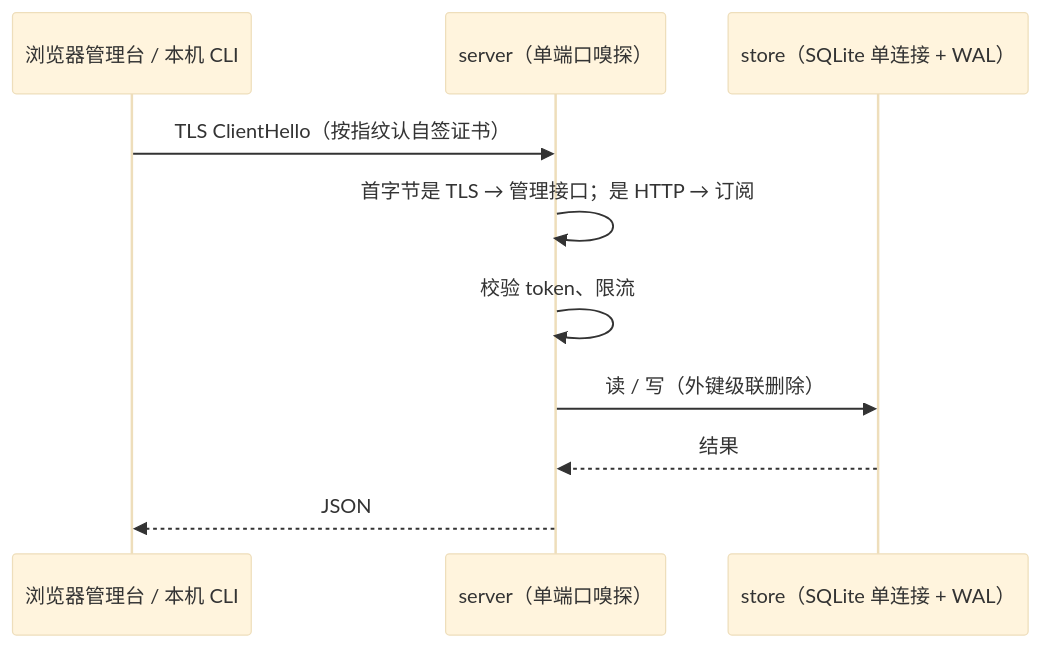
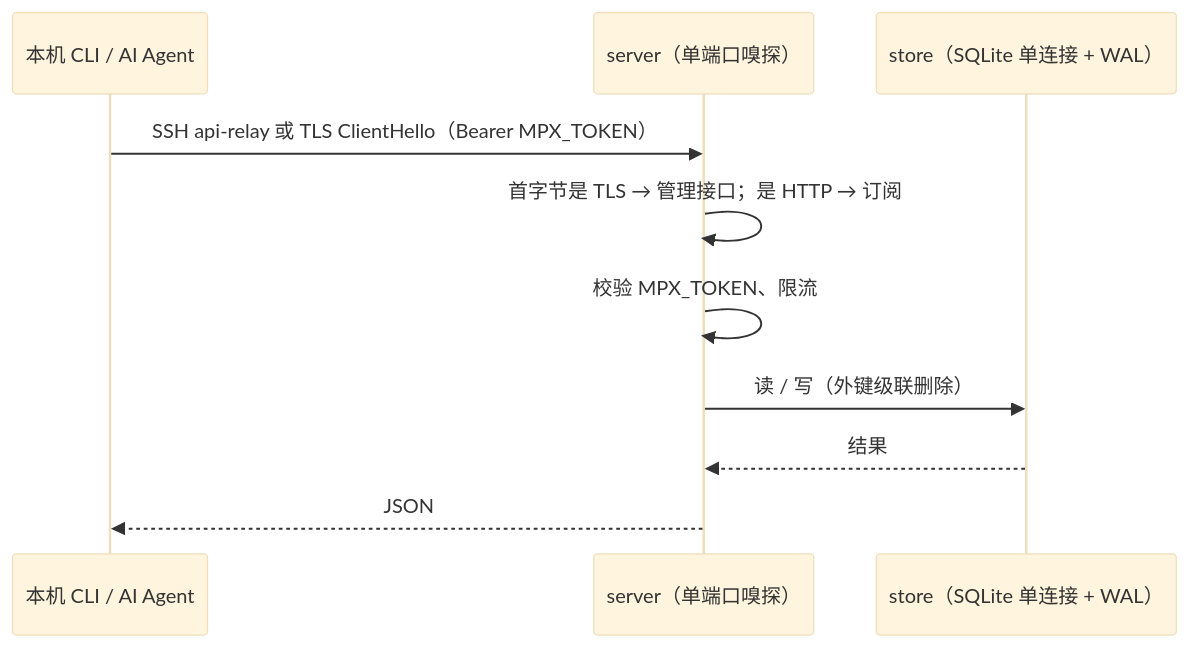
One commit to RovenEverward/my-proxy changed the diagram in docs/atlas/control-plane.md. Above: the diagram before and after it, drawn with Mermaid (base theme). The commit also changed other lines of this file and 17 other files, not shown here.

````diff
--- a/docs/atlas/control-plane.md
+++ b/docs/atlas/control-plane.md
@@ -19,12 +19,12 @@
 ```mermaid
 sequenceDiagram
-  participant C as 浏览器管理台 / 本机 CLI
+  participant C as 本机 CLI / AI Agent
   participant S as server（单端口嗅探）
   participant DB as store（SQLite 单连接 + WAL）
-  C->>S: TLS ClientHello（按指纹认自签证书）
+  C->>S: SSH api-relay 或 TLS ClientHello（Bearer MPX_TOKEN）
   S->>S: 首字节是 TLS → 管理接口；是 HTTP → 订阅
-  S->>S: 校验 token、限流
+  S->>S: 校验 MPX_TOKEN、限流
   S->>DB: 读 / 写（外键级联删除）
   DB-->>S: 结果
   S-->>C: JSON
 ```
````
